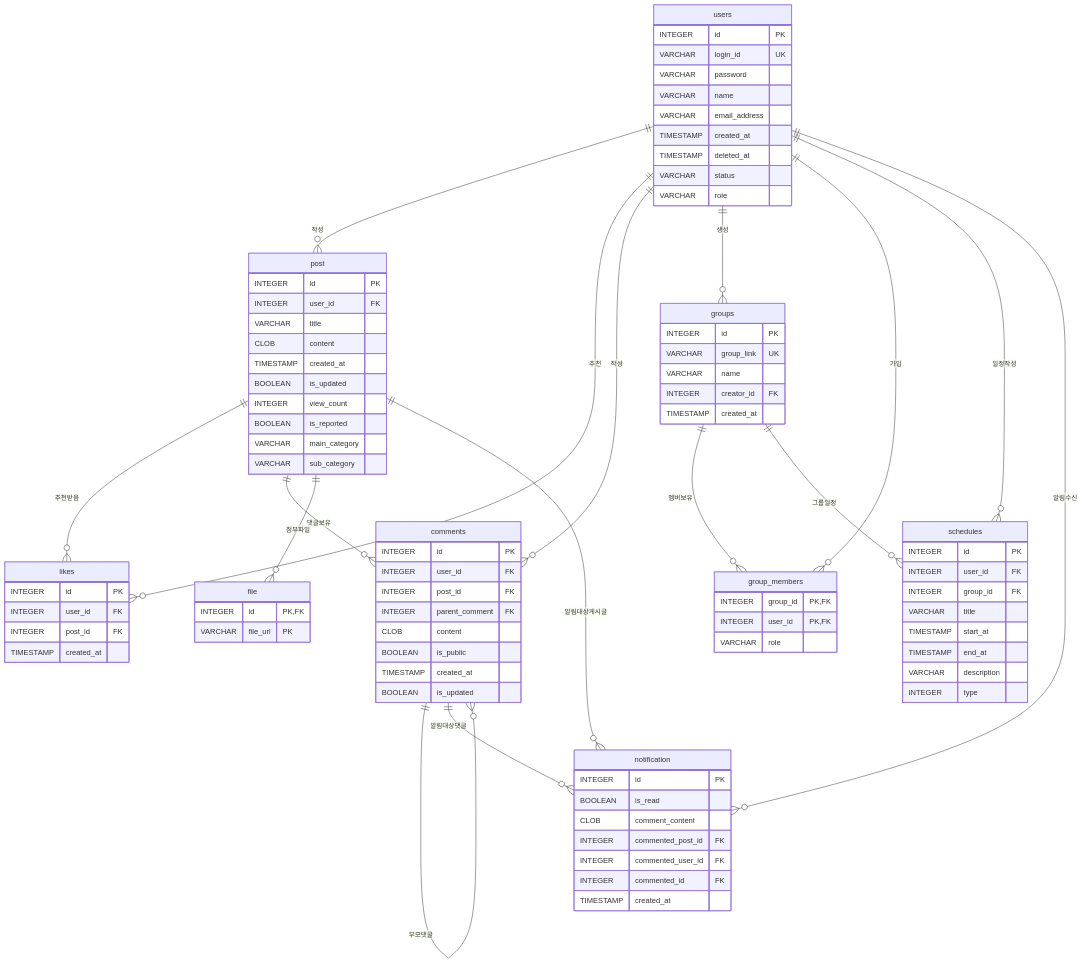
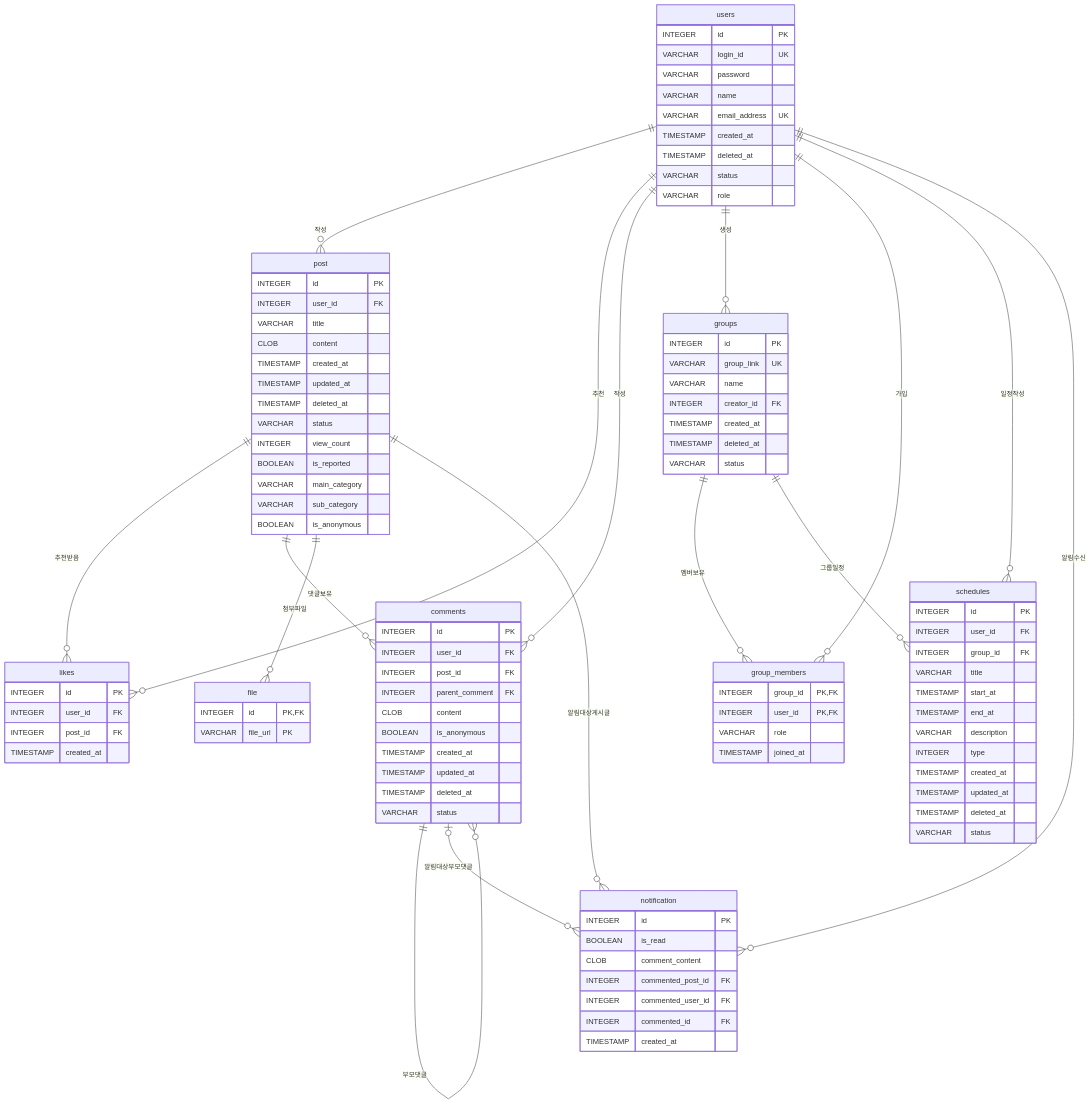
Before and after one commit to kwonyeonwoo/DB_TeamProject: the diagram in docs/source/erd.md, drawn with Mermaid. The commit also changed other lines of this file and 11 other files, not shown here.

```diff
--- a/docs/source/erd.md
+++ b/docs/source/erd.md
@@ -36,14 +39,14 @@
     post ||--o{ file : "첨부파일"
     post ||--o{ notification : "알림대상게시글"
     users ||--o{ notification : "알림수신"
-    comments ||--o{ notification : "알림대상댓글"
+    comments o|--o{ notification : "알림대상부모댓글"
 
     users {
         INTEGER id PK
         VARCHAR login_id UK
         VARCHAR password
         VARCHAR name
-        VARCHAR email_address
+        VARCHAR email_address UK
         TIMESTAMP created_at
         TIMESTAMP deleted_at
         VARCHAR status
@@ -56,11 +59,14 @@
         VARCHAR title
         CLOB content
         TIMESTAMP created_at
-        BOOLEAN is_updated
+        TIMESTAMP updated_at
+        TIMESTAMP deleted_at
+        VARCHAR status
         INTEGER view_count
         BOOLEAN is_reported
         VARCHAR main_category
         VARCHAR sub_category
+        BOOLEAN is_anonymous
     }
 
     likes {
@@ -76,9 +82,11 @@
         INTEGER post_id FK
         INTEGER parent_comment FK
         CLOB content
-        BOOLEAN is_public
+        BOOLEAN is_anonymous
         TIMESTAMP created_at
-        BOOLEAN is_updated
+        TIMESTAMP updated_at
+        TIMESTAMP deleted_at
+        VARCHAR status
     }
 
     groups {
@@ -87,12 +95,15 @@
         VARCHAR name
         INTEGER creator_id FK
         TIMESTAMP created_at
+        TIMESTAMP deleted_at
+        VARCHAR status
     }
 
     group_members {
         INTEGER group_id PK,FK
         INTEGER user_id PK,FK
         VARCHAR role
+        TIMESTAMP joined_at
     }
 
     schedules {
@@ -104,6 +115,10 @@
         TIMESTAMP end_at
         VARCHAR description
         INTEGER type
+        TIMESTAMP created_at
+        TIMESTAMP updated_at
+        TIMESTAMP deleted_at
+        VARCHAR status
     }
 
     file {
```
